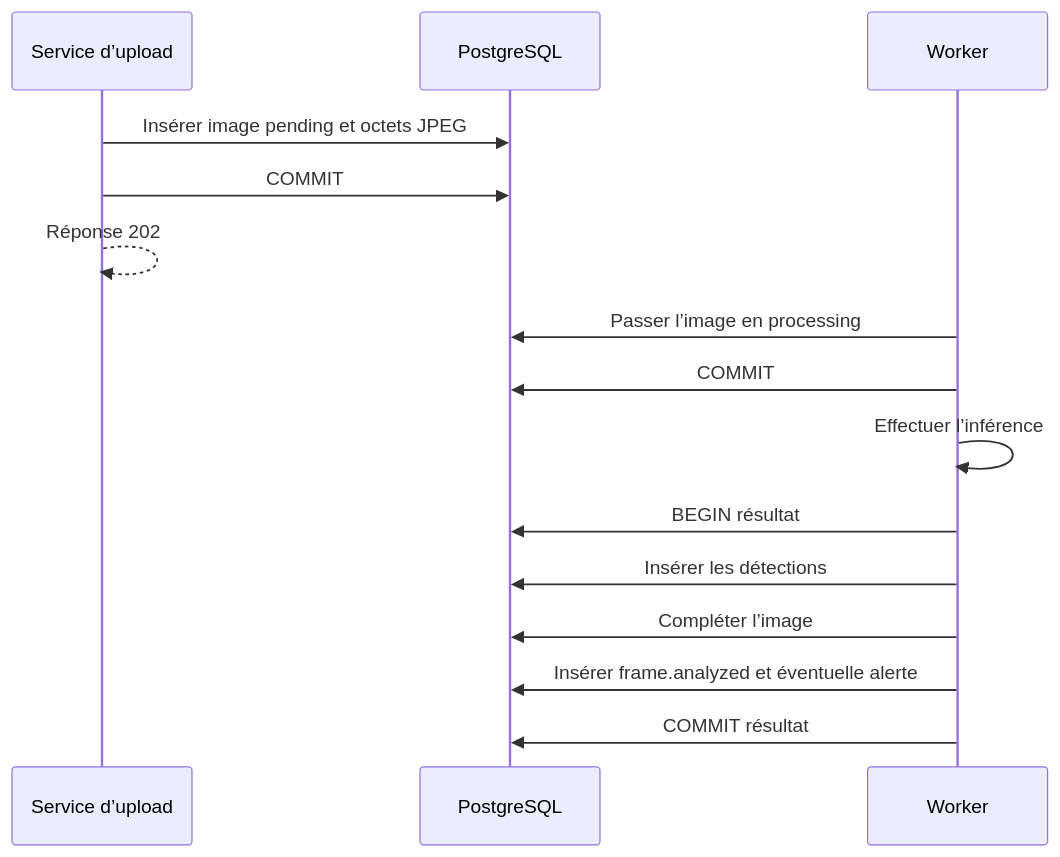
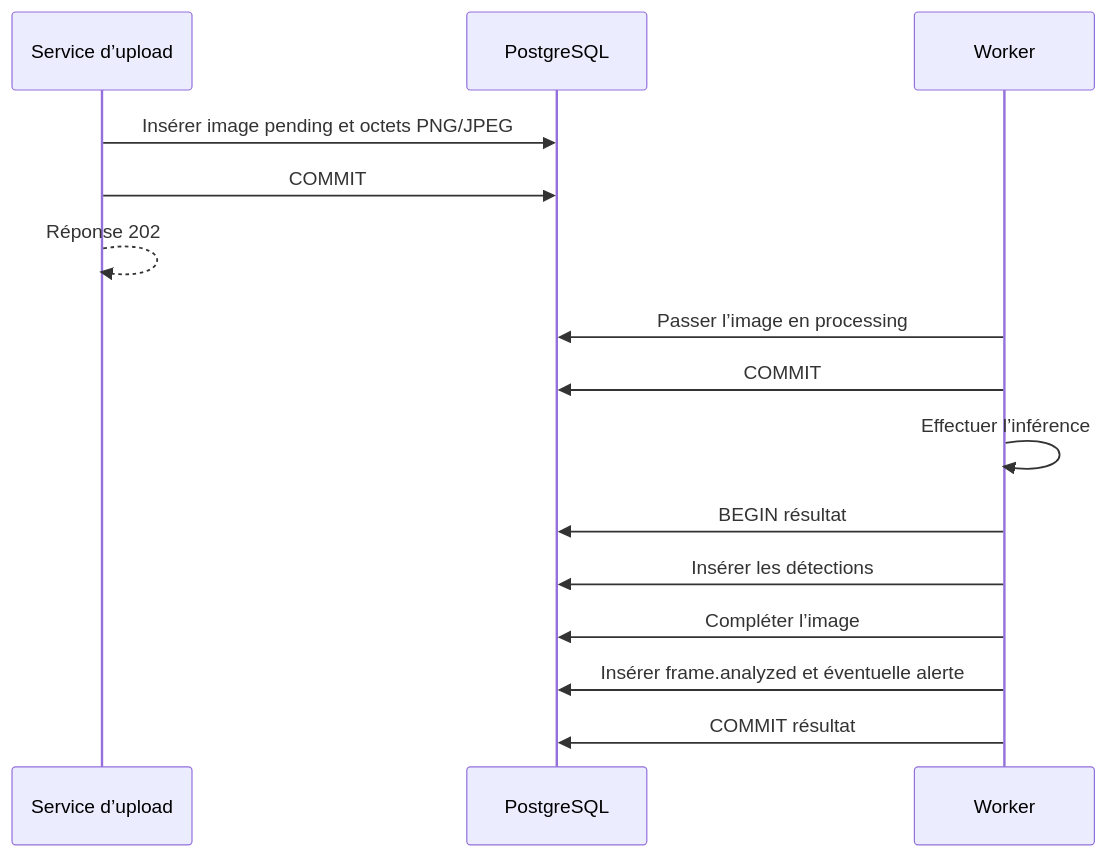
The fourth of 6 diagrams in docs/02-base-de-donnees.md (Mindsept/Looki--Vision), drawn with Mermaid before and after one commit. The commit also changed other lines of this file and 56 other files, not shown here.

````diff
--- a/docs/02-base-de-donnees.md
+++ b/docs/02-base-de-donnees.md
@@ -197,17 +229,17 @@
 ```mermaid
 sequenceDiagram
     participant API as Service d’upload
     participant DB as PostgreSQL
     participant Worker
-    API->>DB: Insérer image pending et octets JPEG
+    API->>DB: Insérer image pending et octets PNG/JPEG
     API->>DB: COMMIT
     API-->>API: Réponse 202
     Worker->>DB: Passer l’image en processing
     Worker->>DB: COMMIT
     Worker->>Worker: Effectuer l’inférence
     Worker->>DB: BEGIN résultat
     Worker->>DB: Insérer les détections
     Worker->>DB: Compléter l’image
     Worker->>DB: Insérer frame.analyzed et éventuelle alerte
     Worker->>DB: COMMIT résultat
 ```
````
